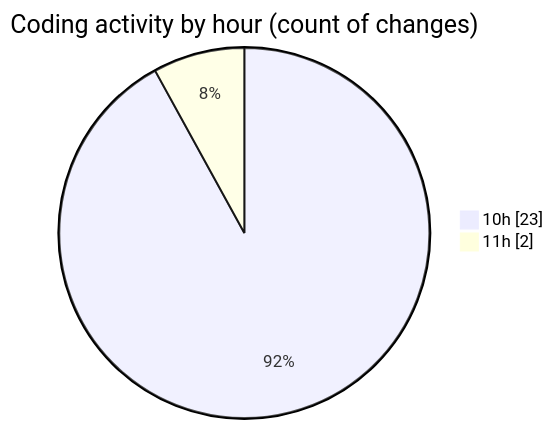
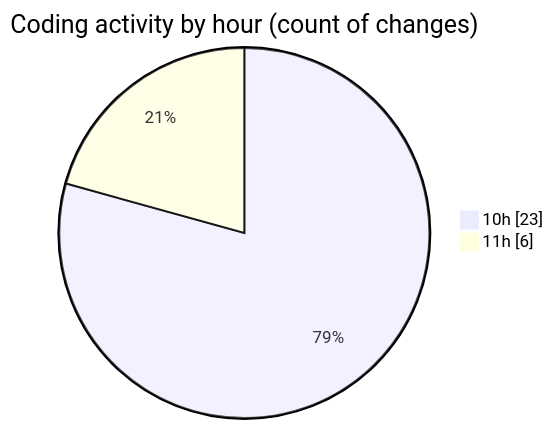
Before and after one commit to nxtqubesakshisongat/code-tracking: the second of 2 diagrams in 2026-05-04/nxtqube_webapp/README.md, drawn with Mermaid. The commit also changed other lines of this file and 1 other file, not shown here.

````diff
--- a/2026-05-04/nxtqube_webapp/README.md
+++ b/2026-05-04/nxtqube_webapp/README.md
@@ -31,6 +32,6 @@
 ```mermaid
 pie showData
 title Coding activity by hour (count of changes)
 "10h" : 23
-"11h" : 2
+"11h" : 6
 ```
````
